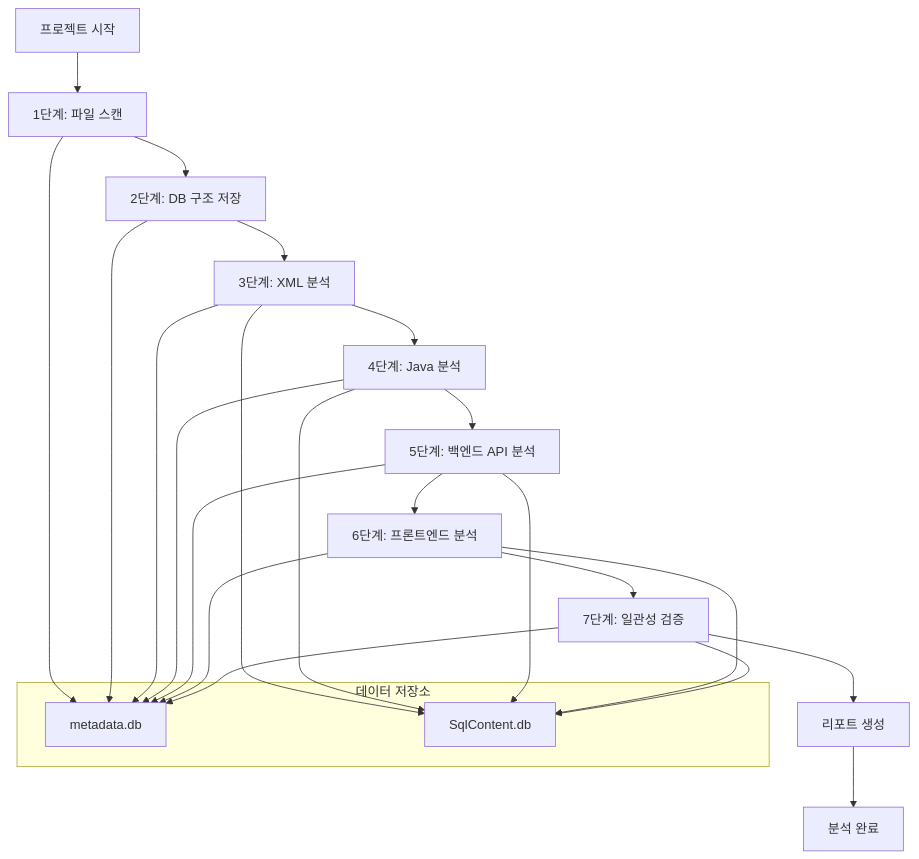
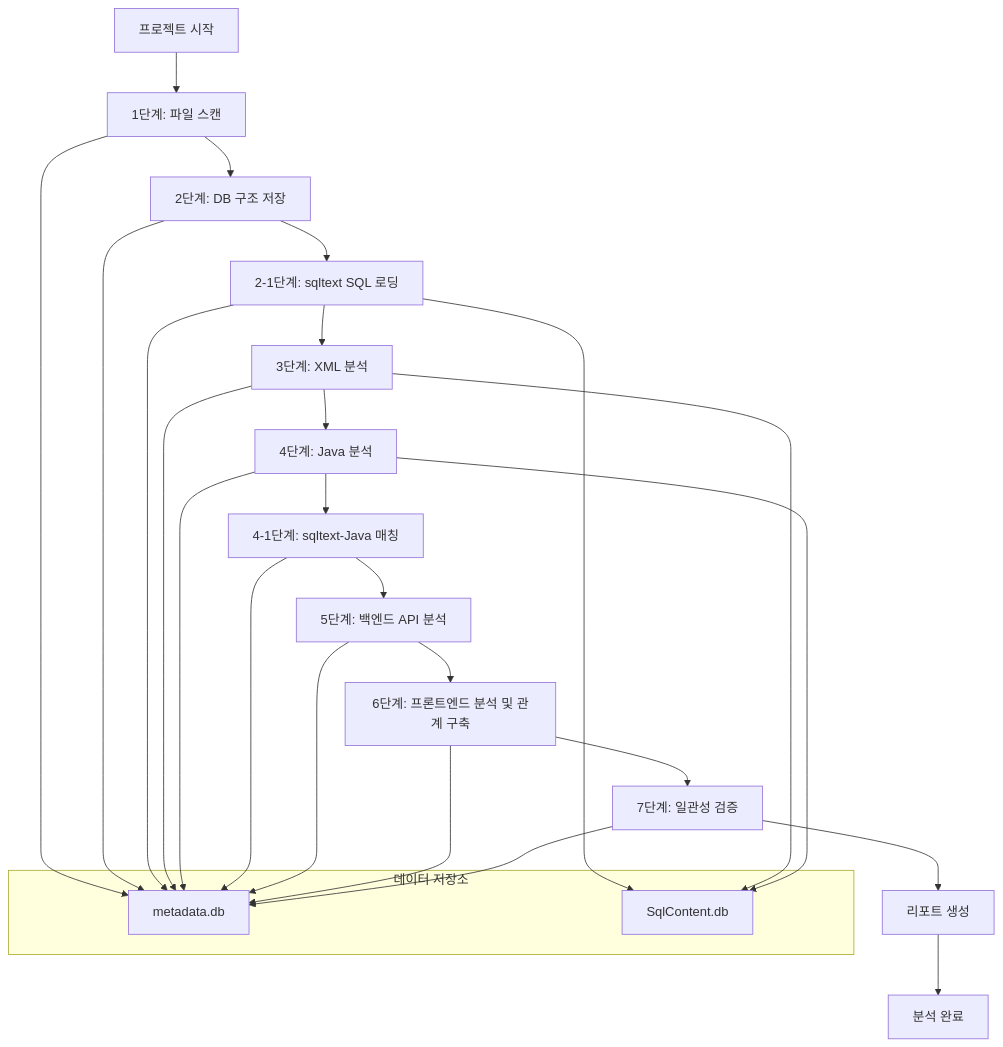
Before and after one commit to kumtaek/CreateMetaDb: the first of 3 diagrams in docs/01_시스템_요구사항_정의서.md, drawn with Mermaid. The commit also changed other lines of this file and 55 other files, not shown here.

````diff
--- a/docs/01_시스템_요구사항_정의서.md
+++ b/docs/01_시스템_요구사항_정의서.md
@@ -23,30 +21,32 @@
 ```mermaid
 flowchart TD
     A["프로젝트 시작"] --> B["1단계: 파일 스캔"]
     B --> C["2단계: DB 구조 저장"]
-    C --> D["3단계: XML 분석"]
+    C --> C1["2-1단계: sqltext SQL 로딩"]
+    C1 --> D["3단계: XML 분석"]
     D --> E["4단계: Java 분석"]
-    E --> F["5단계: 백엔드 API 분석"]
-    F --> G["6단계: 프론트엔드 분석"]
+    E --> E1["4-1단계: sqltext-Java 매칭"]
+    E1 --> F["5단계: 백엔드 API 분석"]
+    F --> G["6단계: 프론트엔드 분석 및 관계 구축"]
     G --> H["7단계: 일관성 검증"]
     H --> I["리포트 생성"]
     I --> J["분석 완료"]
-    
+
     subgraph "데이터 저장소"
         L["metadata.db"]
         M["SqlContent.db"]
     end
-    
+
     B --> L
     C --> L
+    C1 --> L
+    C1 --> M
     D --> L
     D --> M
     E --> L
     E --> M
+    E1 --> L
     F --> L
-    F --> M
     G --> L
-    G --> M
     H --> L
-    H --> M
 ```
````
